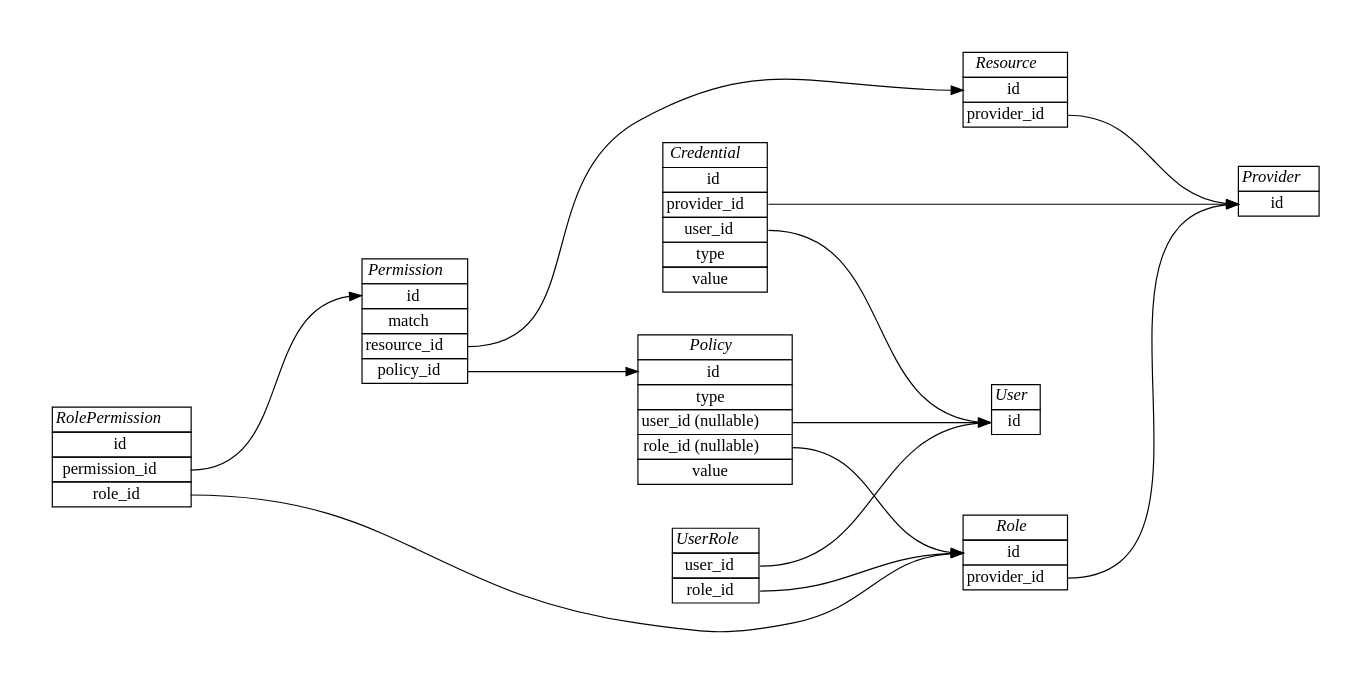
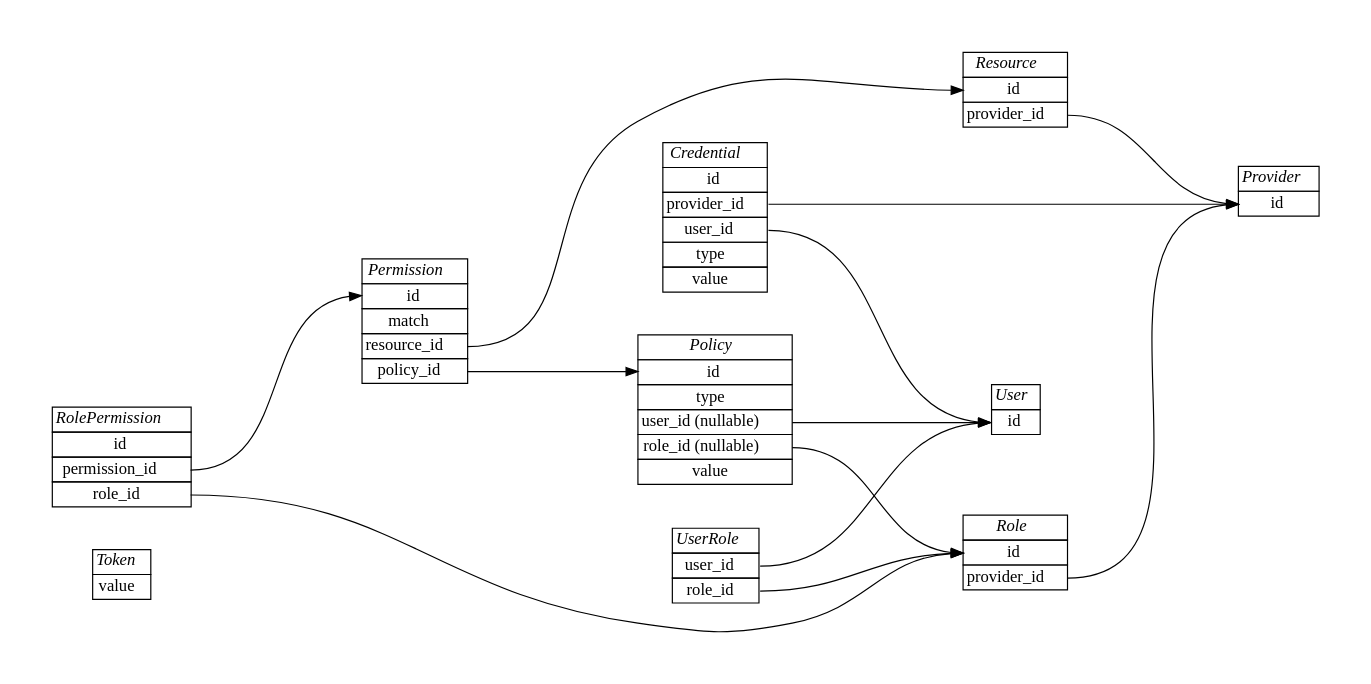
One commit to knowark/authark changed the diagram in docs/architecture/domain.rst. Above: the diagram before and after it, drawn with Graphviz. The commit also changed other lines of this file, not shown here.

Commit message:
Add Token to the domain documentation as a value object

```diff
--- a/docs/architecture/domain.rst
+++ b/docs/architecture/domain.rst
@@ -12,6 +12,12 @@
     graph [pad="0.5", nodesep="0.5", ranksep="2"];
     node [shape=plain]
     rankdir=LR;
+
+    Token [label=<
+    <table border="0" cellborder="1" cellspacing="0">
+    <tr><td><i>Token</i></td></tr>
+    <tr><td port="value">value</td></tr>
+    </table>>];
 
     User [label=<
     <table border="0" cellborder="1" cellspacing="0">
```
